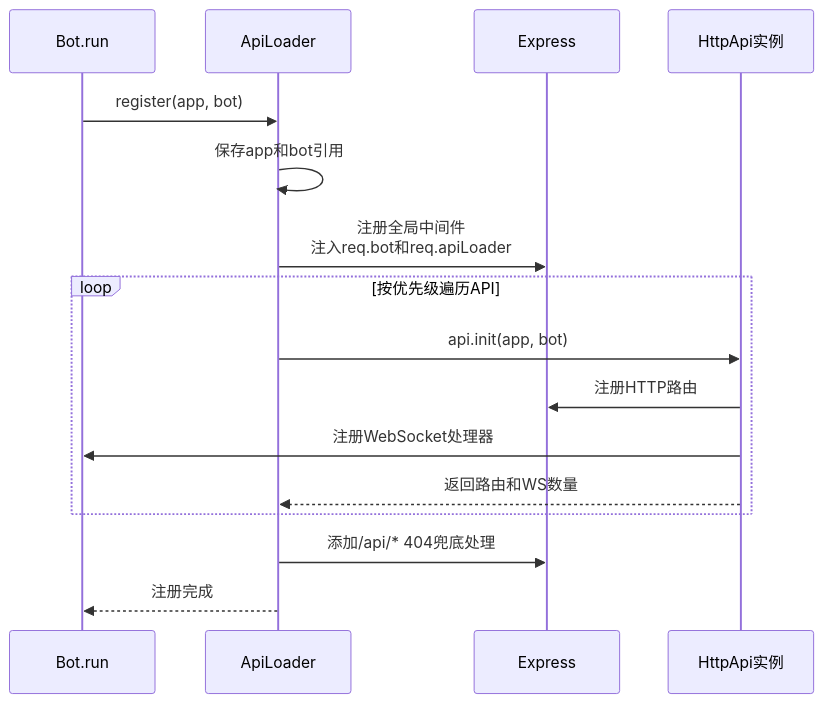
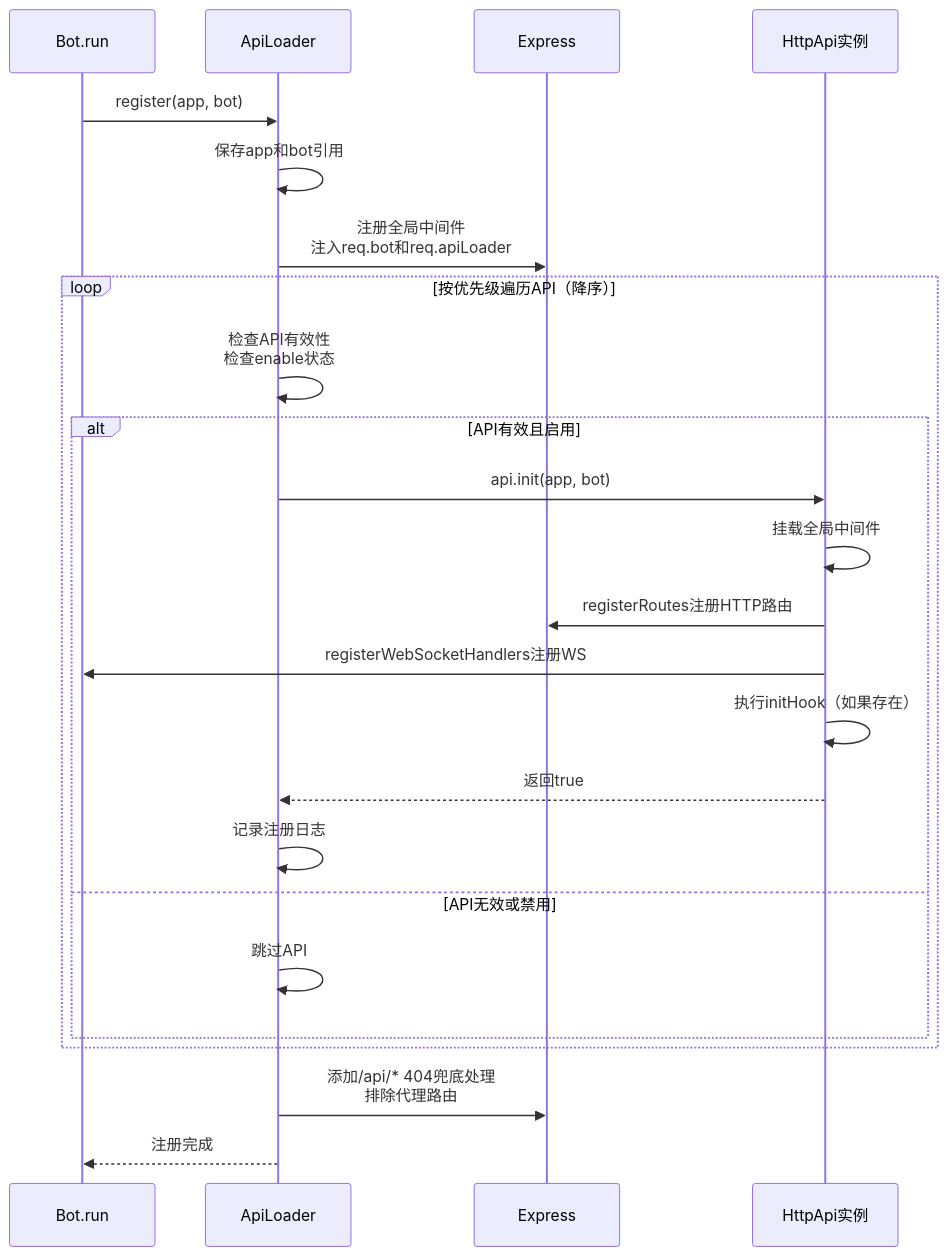
The second of 4 diagrams in docs/api-loader.md (sunflowermm/XRK-AGT), drawn with Mermaid before and after one commit. The commit also changed other lines of this file and 9 other files, not shown here.

````diff
--- a/docs/api-loader.md
+++ b/docs/api-loader.md
@@ -83,19 +83,27 @@
 ```mermaid
 sequenceDiagram
     participant Bot as Bot.run
     participant Loader as ApiLoader
     participant Express as Express
     participant API as HttpApi实例
     
     Bot->>Loader: register(app, bot)
     Loader->>Loader: 保存app和bot引用
     Loader->>Express: 注册全局中间件<br/>注入req.bot和req.apiLoader
-    loop 按优先级遍历API
-        Loader->>API: api.init(app, bot)
-        API->>Express: 注册HTTP路由
-        API->>Bot: 注册WebSocket处理器
-        API-->>Loader: 返回路由和WS数量
+    loop 按优先级遍历API（降序）
+        Loader->>Loader: 检查API有效性<br/>检查enable状态
+        alt API有效且启用
+            Loader->>API: api.init(app, bot)
+            API->>API: 挂载全局中间件
+            API->>Express: registerRoutes注册HTTP路由
+            API->>Bot: registerWebSocketHandlers注册WS
+            API->>API: 执行initHook（如果存在）
+            API-->>Loader: 返回true
+            Loader->>Loader: 记录注册日志
+        else API无效或禁用
+            Loader->>Loader: 跳过API
+        end
     end
-    Loader->>Express: 添加/api/* 404兜底处理
+    Loader->>Express: 添加/api/* 404兜底处理<br/>排除代理路由
     Loader-->>Bot: 注册完成
 ```
````
